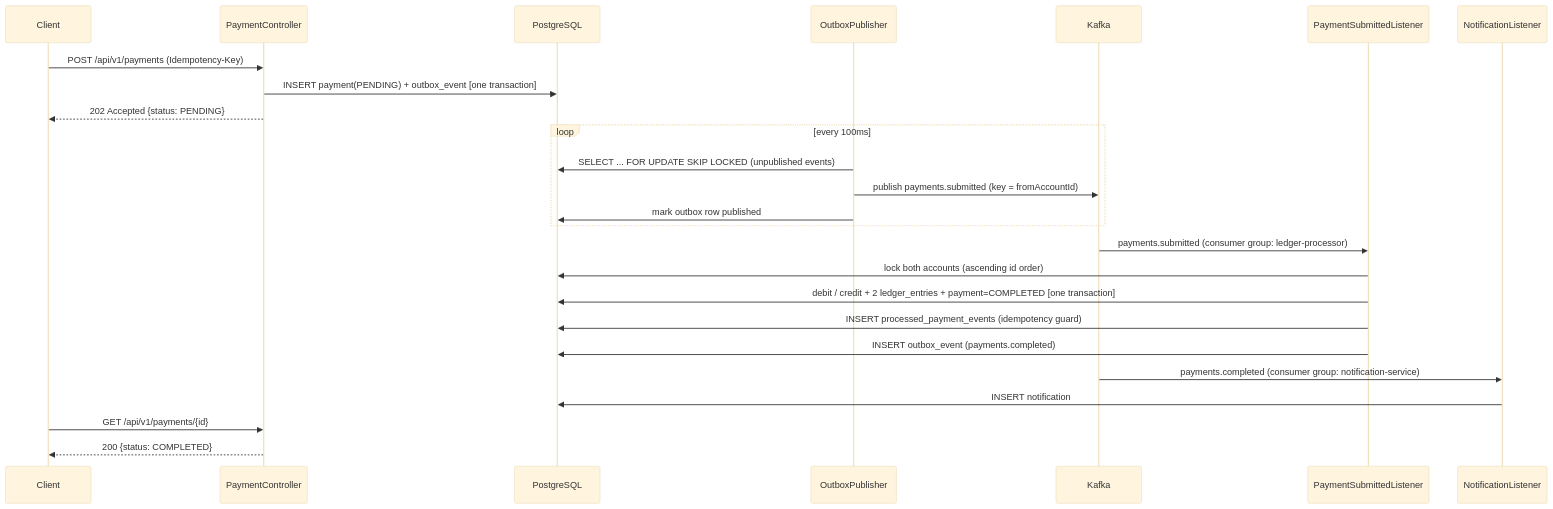
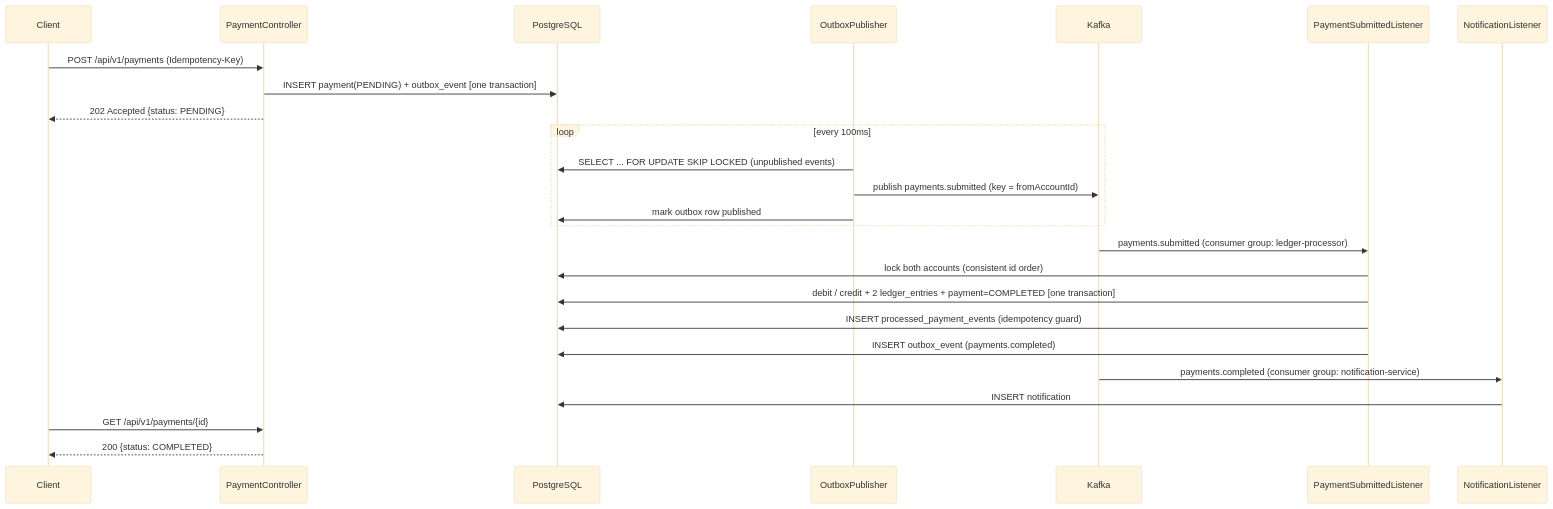
The diagram in docs/architecture.md (sahithireddys/payment-ledger-platform), drawn with Mermaid (base theme) before and after one commit. The commit also changed other lines of this file and 3 other files, not shown here.

````diff
--- a/docs/architecture.md
+++ b/docs/architecture.md
@@ -5,32 +5,32 @@
 ```mermaid
 sequenceDiagram
     participant Client
     participant API as PaymentController
     participant DB as PostgreSQL
     participant Pub as OutboxPublisher
     participant Kafka
     participant Consumer as PaymentSubmittedListener
     participant Notif as NotificationListener
 
     Client->>API: POST /api/v1/payments (Idempotency-Key)
     API->>DB: INSERT payment(PENDING) + outbox_event  [one transaction]
     API-->>Client: 202 Accepted {status: PENDING}
 
     loop every 100ms
         Pub->>DB: SELECT ... FOR UPDATE SKIP LOCKED (unpublished events)
         Pub->>Kafka: publish payments.submitted (key = fromAccountId)
         Pub->>DB: mark outbox row published
     end
 
     Kafka->>Consumer: payments.submitted (consumer group: ledger-processor)
-    Consumer->>DB: lock both accounts (ascending id order)
+    Consumer->>DB: lock both accounts (consistent id order)
     Consumer->>DB: debit / credit + 2 ledger_entries + payment=COMPLETED [one transaction]
     Consumer->>DB: INSERT processed_payment_events (idempotency guard)
     Consumer->>DB: INSERT outbox_event (payments.completed)
 
     Kafka->>Notif: payments.completed (consumer group: notification-service)
     Notif->>DB: INSERT notification
 
     Client->>API: GET /api/v1/payments/{id}
     API-->>Client: 200 {status: COMPLETED}
 ```
````
